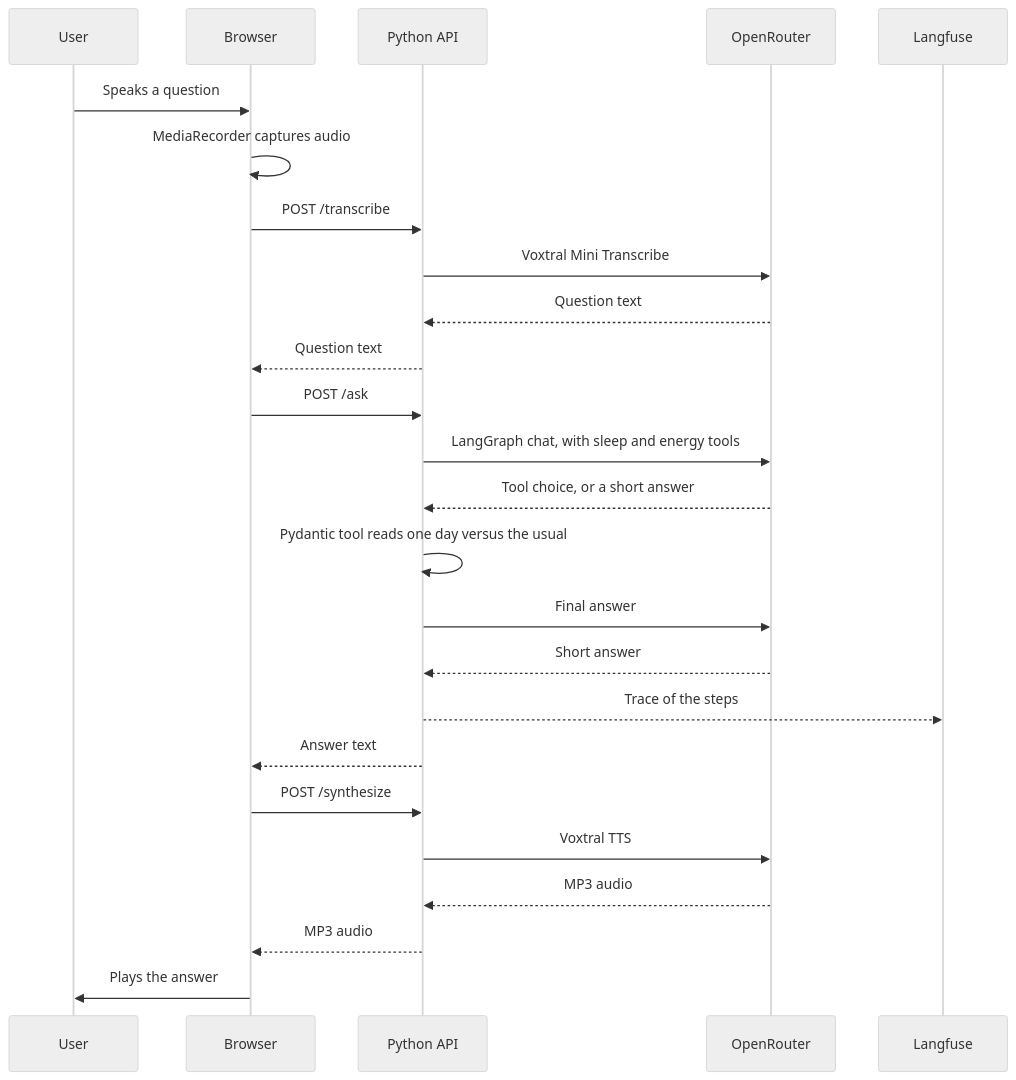
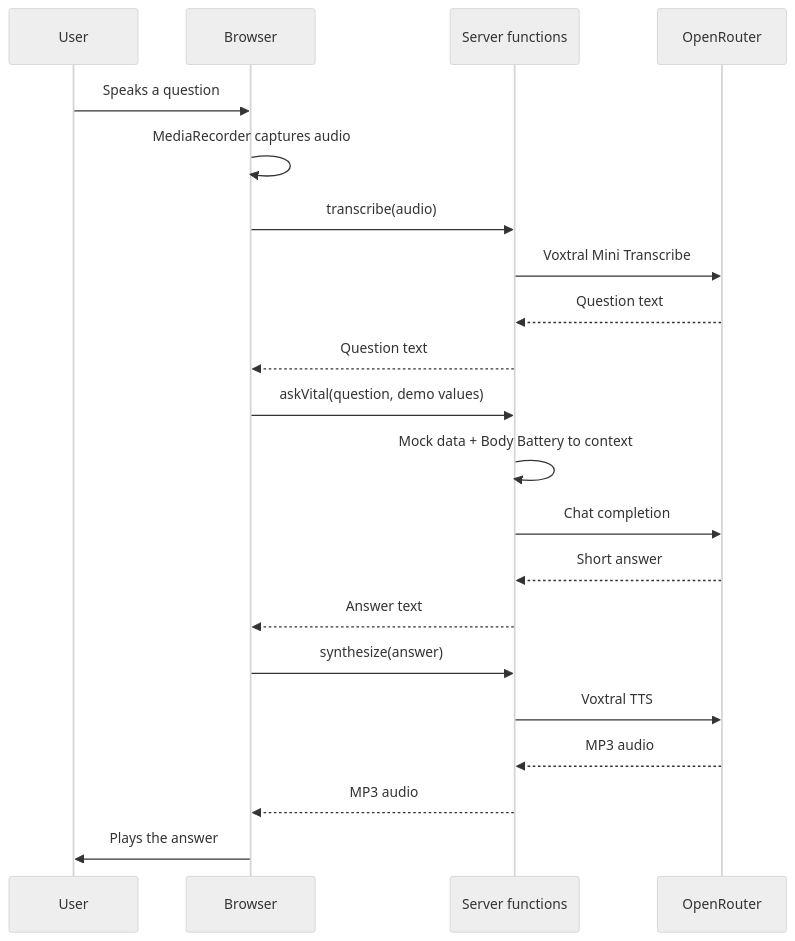
One commit to vitalvie/vital changed the diagram in docs/architecture.mdx. Above: the diagram before and after it, drawn with Mermaid (neutral theme). The commit also changed other lines of this file and 49 other files, not shown here.

First line of the commit message:
web: answer the demo from the Worker again (#55)

````diff
--- a/docs/architecture.mdx
+++ b/docs/architecture.mdx
@@ -28,27 +27,23 @@
 ```mermaid
 sequenceDiagram
   participant U as User
   participant B as Browser
-  participant A as Python API
+  participant S as Server functions
   participant M as OpenRouter
-  participant Lf as Langfuse
   U->>B: Speaks a question
   B->>B: MediaRecorder captures audio
-  B->>A: POST /transcribe
-  A->>M: Voxtral Mini Transcribe
-  M-->>A: Question text
-  A-->>B: Question text
-  B->>A: POST /ask
-  A->>M: LangGraph chat, with sleep and energy tools
-  M-->>A: Tool choice, or a short answer
-  A->>A: Pydantic tool reads one day versus the usual
-  A->>M: Final answer
-  M-->>A: Short answer
-  A-->>Lf: Trace of the steps
-  A-->>B: Answer text
-  B->>A: POST /synthesize
-  A->>M: Voxtral TTS
-  M-->>A: MP3 audio
-  A-->>B: MP3 audio
+  B->>S: transcribe(audio)
+  S->>M: Voxtral Mini Transcribe
+  M-->>S: Question text
+  S-->>B: Question text
+  B->>S: askVital(question, demo values)
+  S->>S: Mock data + Body Battery to context
+  S->>M: Chat completion
+  M-->>S: Short answer
+  S-->>B: Answer text
+  B->>S: synthesize(answer)
+  S->>M: Voxtral TTS
+  M-->>S: MP3 audio
+  S-->>B: MP3 audio
   B->>U: Plays the answer
 ```
````
